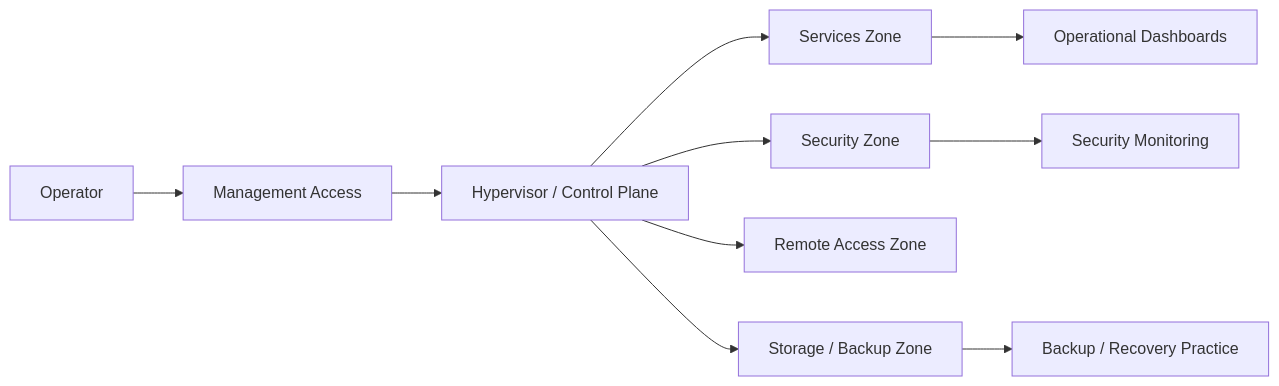
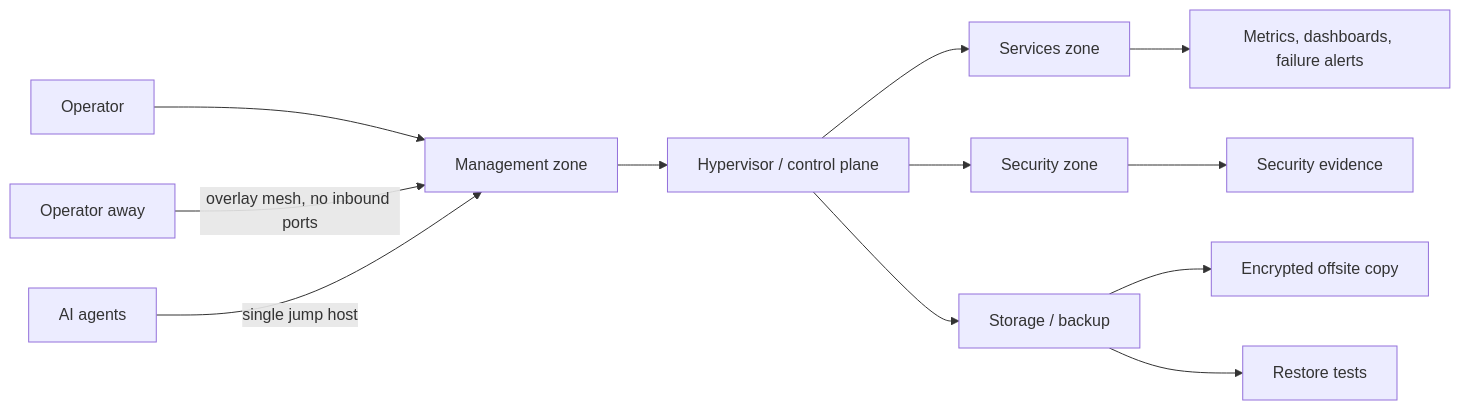
Before and after one commit to Nicolasperaltait/homelab: the diagram in README.md, drawn with Mermaid. The commit also changed other lines of this file and 16 other files, not shown here.

````diff
--- a/README.md
+++ b/README.md
@@ -39,13 +32,15 @@
 ```mermaid
 flowchart LR
-    OP[Operator] --> MGMT[Management Access]
-    MGMT --> HV[Hypervisor / Control Plane]
-    HV --> APP[Services Zone]
-    HV --> SEC[Security Zone]
-    HV --> VPN[Remote Access Zone]
-    HV --> STO[Storage / Backup Zone]
+    OP[Operator] --> MGMT[Management zone]
+    REM[Operator away] -->|overlay mesh, no inbound ports| MGMT
+    AI[AI agents] -->|single jump host| MGMT
+    MGMT --> HV[Hypervisor / control plane]
+    HV --> APP[Services zone]
+    HV --> SEC[Security zone]
+    HV --> STO[Storage / backup]
 
-    APP --> MON[Operational Dashboards]
-    SEC --> SIEM[Security Monitoring]
-    STO --> DR[Backup / Recovery Practice]
+    APP --> MON[Metrics, dashboards, failure alerts]
+    SEC --> SIEM[Security evidence]
+    STO --> OFF[Encrypted offsite copy]
+    STO --> DR[Restore tests]
 ```
````
